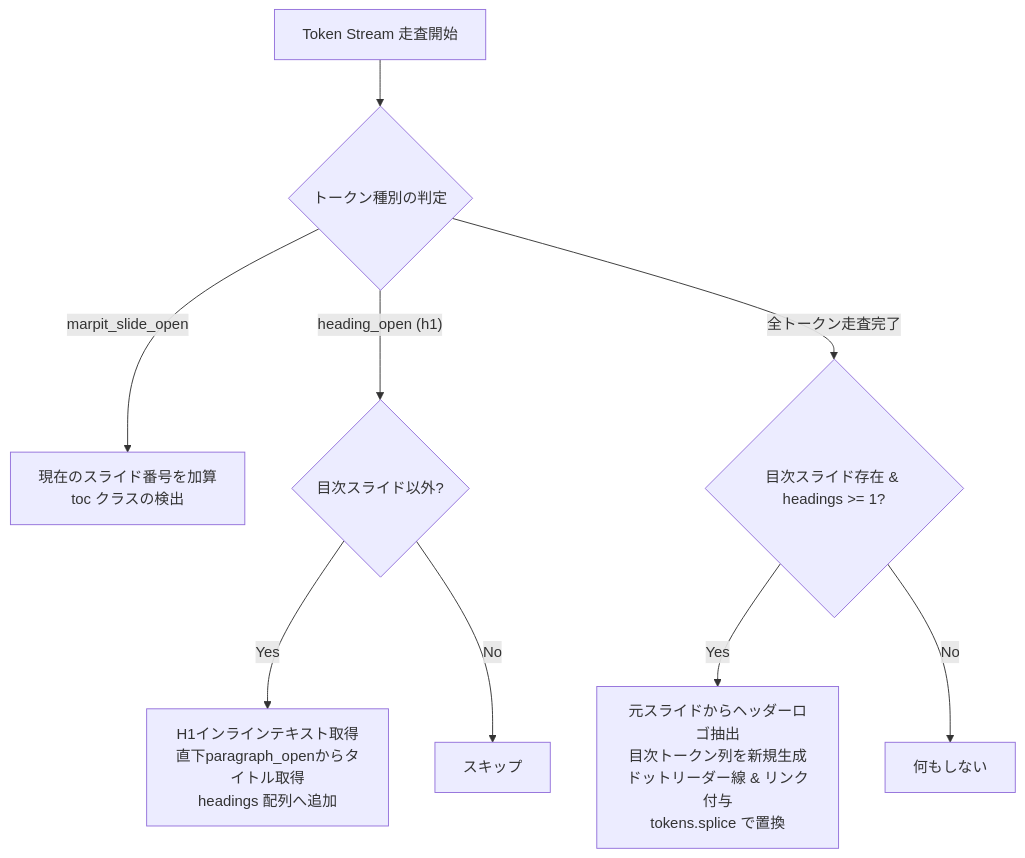
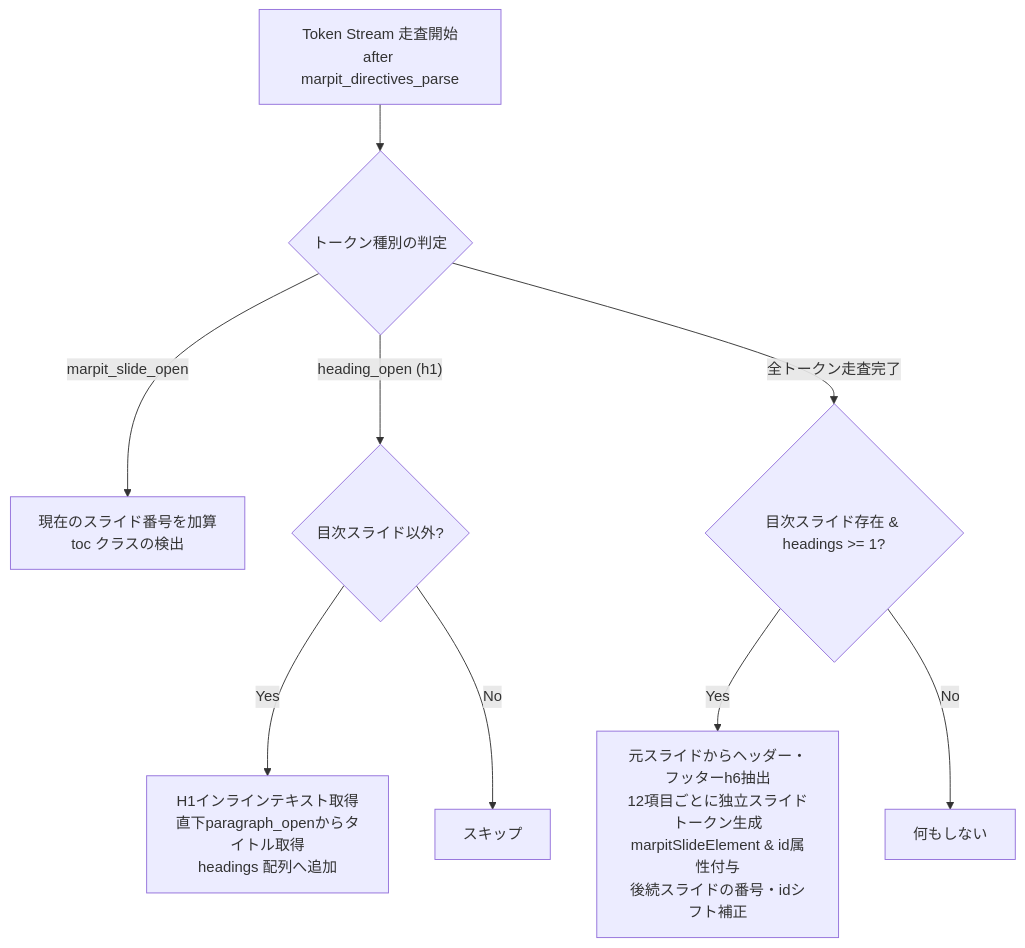
Before and after one commit to N-Y-Public/marp-slide-mcp: the diagram in docs/03_detail_design/02_internal_interface_specification.md, drawn with Mermaid. The commit also changed other lines of this file and 10 other files, not shown here.

````diff
--- a/docs/03_detail_design/02_internal_interface_specification.md
+++ b/docs/03_detail_design/02_internal_interface_specification.md
@@ -125,11 +127,11 @@
 ```mermaid
 flowchart TD
-    A[Token Stream 走査開始] --> B{トークン種別の判定}
+    A[Token Stream 走査開始<br>after marpit_directives_parse] --> B{トークン種別の判定}
     B -- marpit_slide_open --> C[現在のスライド番号を加算<br>toc クラスの検出]
     B -- heading_open (h1) --> D{目次スライド以外?}
     D -- Yes --> E[H1インラインテキスト取得<br>直下paragraph_openからタイトル取得<br>headings 配列へ追加]
     D -- No --> F[スキップ]
     B -- 全トークン走査完了 --> G{目次スライド存在 & headings >= 1?}
-    G -- Yes --> H[元スライドからヘッダーロゴ抽出<br>目次トークン列を新規生成<br>ドットリーダー線 & リンク付与<br>tokens.splice で置換]
+    G -- Yes --> H[元スライドからヘッダー・フッターh6抽出<br>12項目ごとに独立スライドトークン生成<br>marpitSlideElement & id属性付与<br>後続スライドの番号・idシフト補正]
     G -- No --> I[何もしない]
 ```
````
